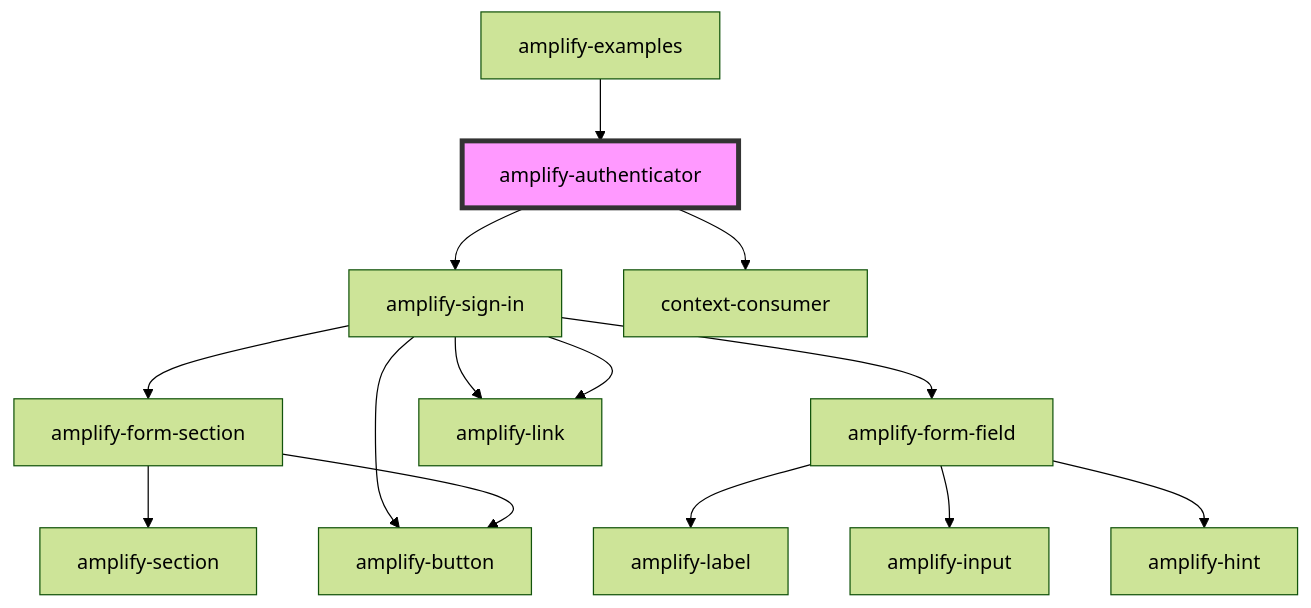
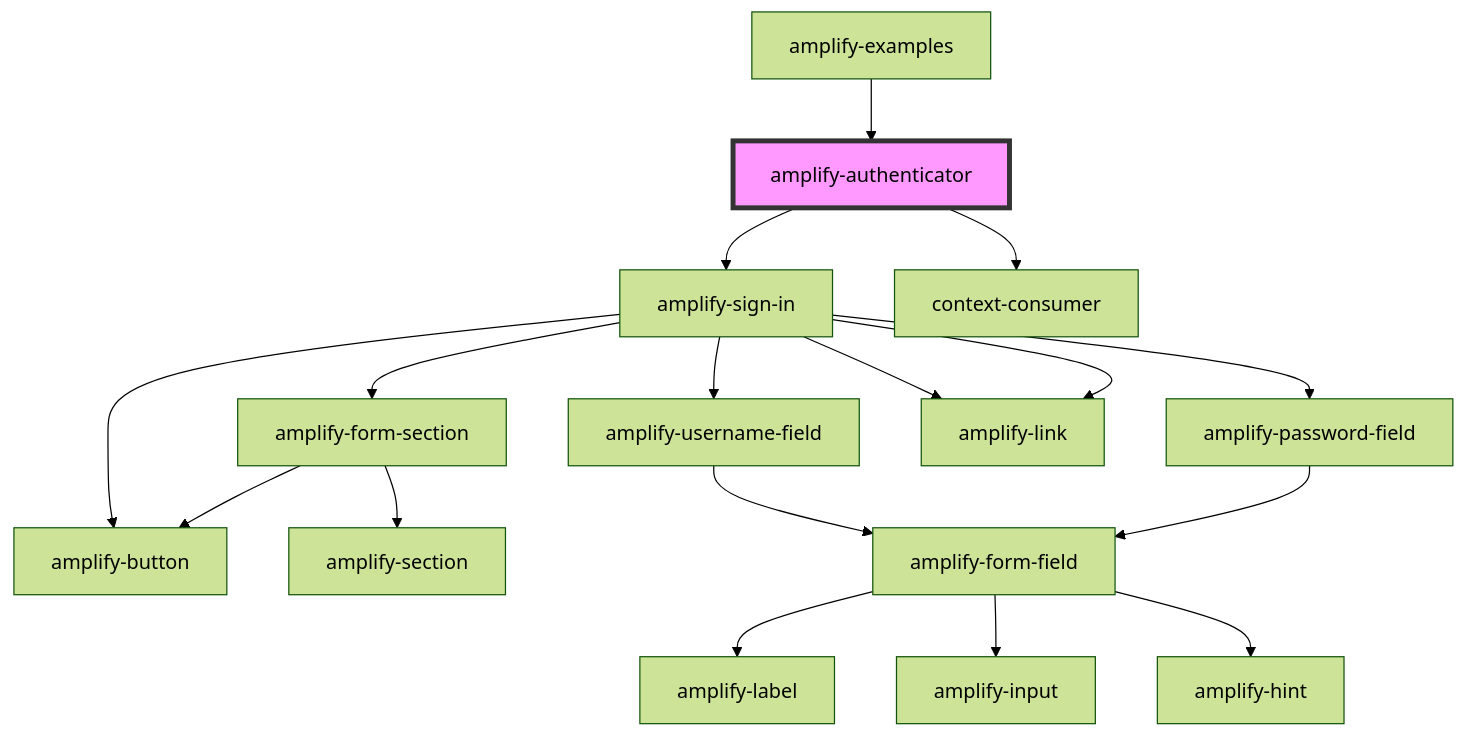
Before and after one commit to aws-amplify/amplify-js: the diagram in packages/amplify-ui-components/src/components/amplify-authenticator/readme.md, drawn with Mermaid (forest theme). The commit also changed 13 other files, not shown here.

Commit message:
adjust text to constants file, create username/password field components

````diff
--- a/packages/amplify-ui-components/src/components/amplify-authenticator/readme.md
+++ b/packages/amplify-ui-components/src/components/amplify-authenticator/readme.md
@@ -36,17 +36,20 @@
 ```mermaid
 graph TD;
   amplify-authenticator --> amplify-sign-in
   amplify-authenticator --> context-consumer
   amplify-sign-in --> amplify-form-section
-  amplify-sign-in --> amplify-form-field
+  amplify-sign-in --> amplify-username-field
+  amplify-sign-in --> amplify-password-field
   amplify-sign-in --> amplify-link
   amplify-sign-in --> amplify-link
   amplify-sign-in --> amplify-button
   amplify-form-section --> amplify-section
   amplify-form-section --> amplify-button
+  amplify-username-field --> amplify-form-field
   amplify-form-field --> amplify-label
   amplify-form-field --> amplify-input
   amplify-form-field --> amplify-hint
+  amplify-password-field --> amplify-form-field
   amplify-examples --> amplify-authenticator
   style amplify-authenticator fill:#f9f,stroke:#333,stroke-width:4px
 ```
````
